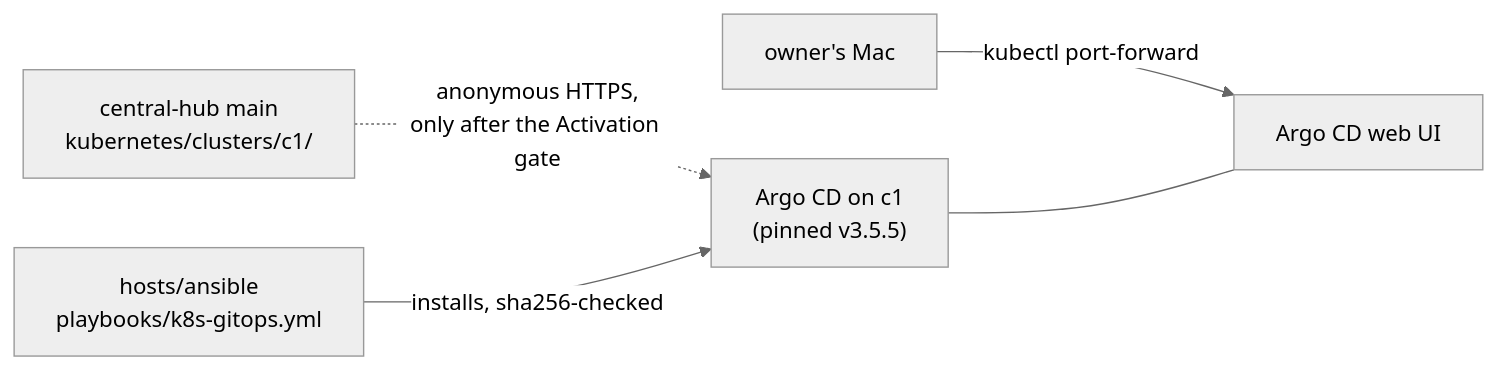
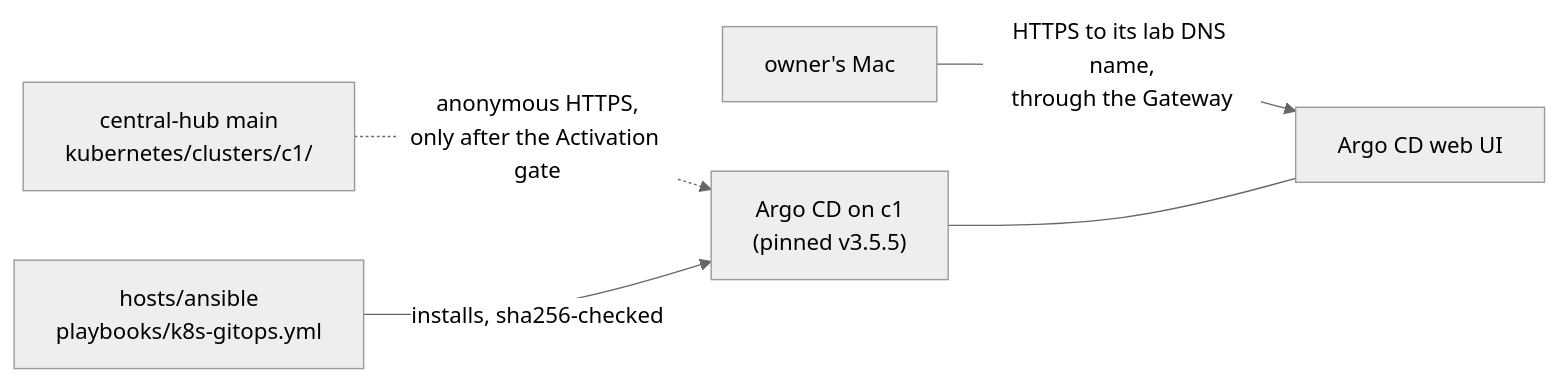
The diagram in docs/decisions/0023-use-argo-cd-as-the-gitops-engine.md (jonhill90/central-hub), drawn with Mermaid (neutral theme) before and after one commit. The commit also changed other lines of this file and 59 other files, not shown here.

First line of the commit message:
feat: add certificates browsers trust for c1 apps, encrypt Secrets at rest, and serve the Argo CD UI on its own name (#49)

````diff
--- a/docs/decisions/0023-use-argo-cd-as-the-gitops-engine.md
+++ b/docs/decisions/0023-use-argo-cd-as-the-gitops-engine.md
@@ -42,7 +50,7 @@
 ```mermaid
 flowchart LR
   repo["central-hub main<br/>kubernetes/clusters/c1/"] -. "anonymous HTTPS,<br/>only after the Activation gate" .-> argo["Argo CD on c1<br/>(pinned v3.5.5)"]
   ansible["hosts/ansible<br/>playbooks/k8s-gitops.yml"] -- "installs, sha256-checked" --> argo
-  mac["owner's Mac"] -- "kubectl port-forward" --> ui["Argo CD web UI"]
+  mac["owner's Mac"] -- "HTTPS to its lab DNS name,<br/>through the Gateway" --> ui["Argo CD web UI"]
   argo --- ui
 ```
````
